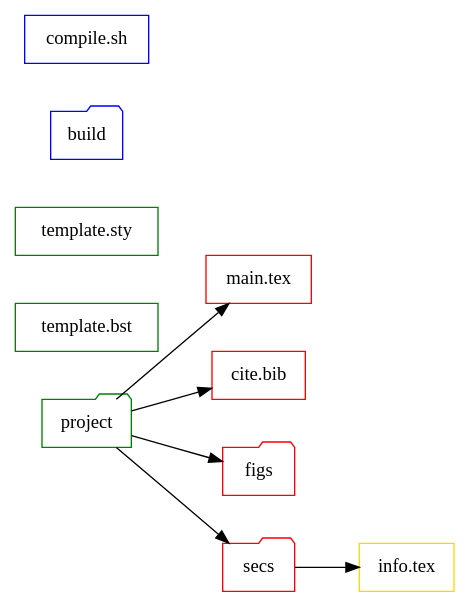
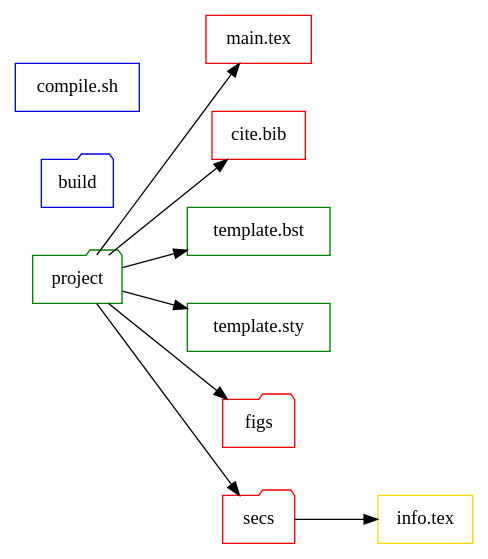
The diagram in texTemplate.org (bwtian/texTemplate), drawn with Graphviz before and after one commit. The commit also changed other lines of this file and 2 other files, not shown here.

Commit message:
- ‘.#texTemplate.org’ / ‘texTemplate.org’ / ‘texTemplate.svg’

```diff
--- a/texTemplate.org
+++ b/texTemplate.org
@@ -4,27 +4,27 @@
 #+BEGIN_SRC dot :file ./texTemplate.svg
   digraph {
   rankdir = LR
   fontname="Times";
   fontsize = 12;
   splines = false;
   ranksep = 0.5;
   nodesep = 0.5;
   node [shape = box]
   //1. set node
   proj [label = "project", color = green, shape="folder"]
   info [label = "info.tex", color = gold]
   main [label = "main.tex", color = red]
   bib [label = "cite.bib", color = red]
   bst [label = "template.bst", color = green]
   sty [label = "template.sty", color = green]
   fig [label = "figs", color=red, shape="folder"]
   sec [label = "secs", color=red, shape="folder"]
   build [label  = "build", color = blue, shape="folder"]
   gen [label = "compile.sh", color = blue]
   //2. set path
-  proj -> {fig sec main bib}
+  proj -> {fig sec main bib sty bst}
   sec -> {info}
   //3. set rank
 
   }
 #+END_SRC
```
